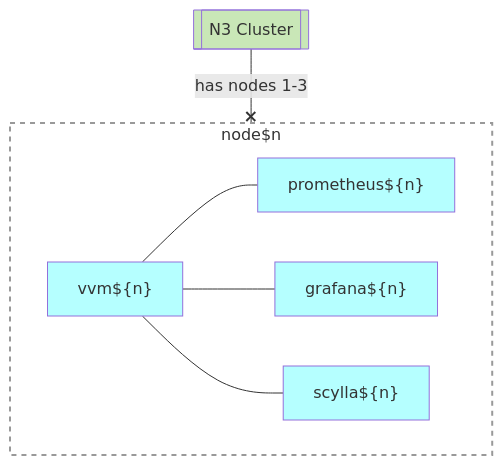
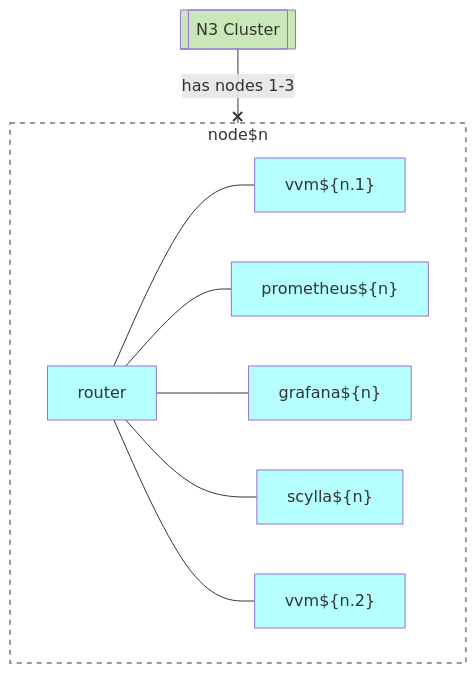
Before and after one commit to voedger/voedger-internals: the diagram in server/design/c2.n3.md, drawn with Mermaid.

````diff
--- a/server/design/c2.n3.md
+++ b/server/design/c2.n3.md
@@ -29,29 +29,33 @@
 ```mermaid
   graph TD
 
   %% Entities
 
   N3Cluster[[N3 Cluster]]:::H
 
   Node1["Node${n}"]:::G
 
   subgraph Node1["node$n"]
-    vvm12["vvm${n}"]:::S
+    vvm1.1["vvm${n.1}"]:::S
+    vvm1.2["vvm${n.2}"]:::S
+    router:::S
     prometheus1["prometheus${n}"]:::S
     scylla1["scylla${n}"]:::S
     grafana1["grafana${n}"]:::S
-    vvm12 --- prometheus1
-    vvm12 --- grafana1
-    vvm12 --- scylla1
+    router --- prometheus1
+    router --- grafana1
+    router --- scylla1
+    router --- vvm1.1
+    router --- vvm1.2
   end
 
   %% Relations
 
   N3Cluster --x |has nodes 1-3| Node1
 
 
   classDef B fill:#FFFFB5,color:#333
   classDef S fill:#B5FFFF,color:#333
   classDef H fill:#C9E7B7,color:#333
   classDef G fill:#ffffff15, stroke:#999, stroke-width:2px, stroke-dasharray: 5 5
 ```  
````
